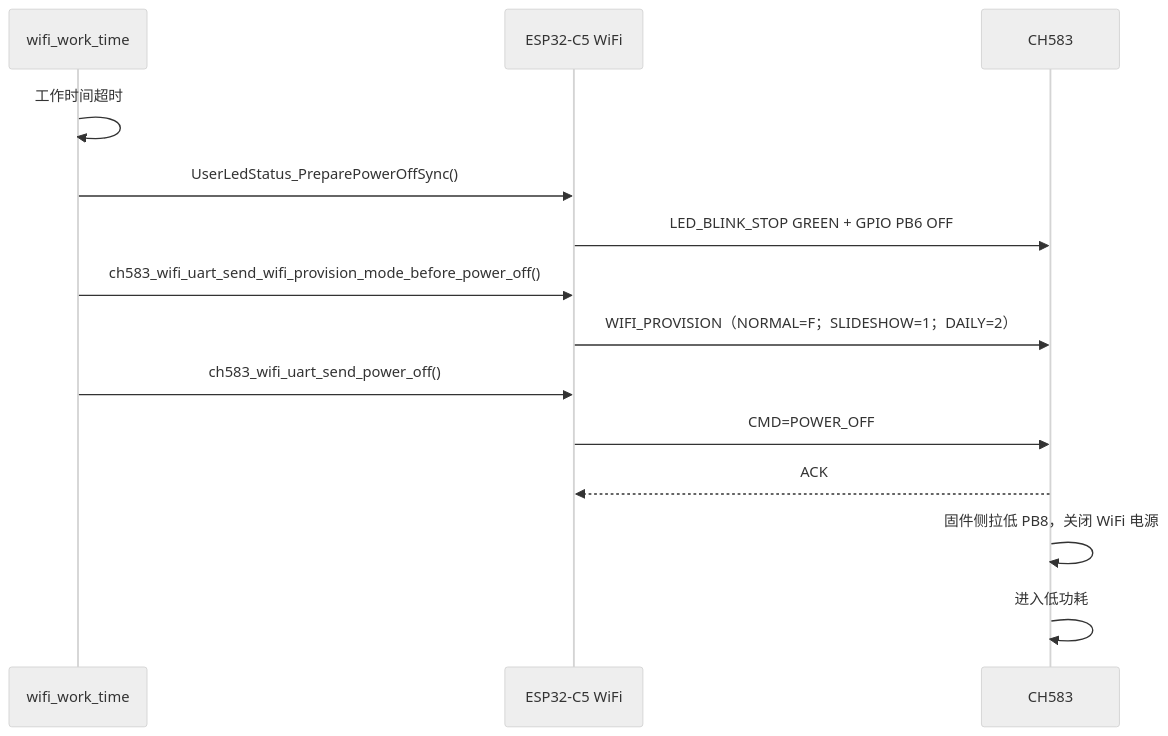
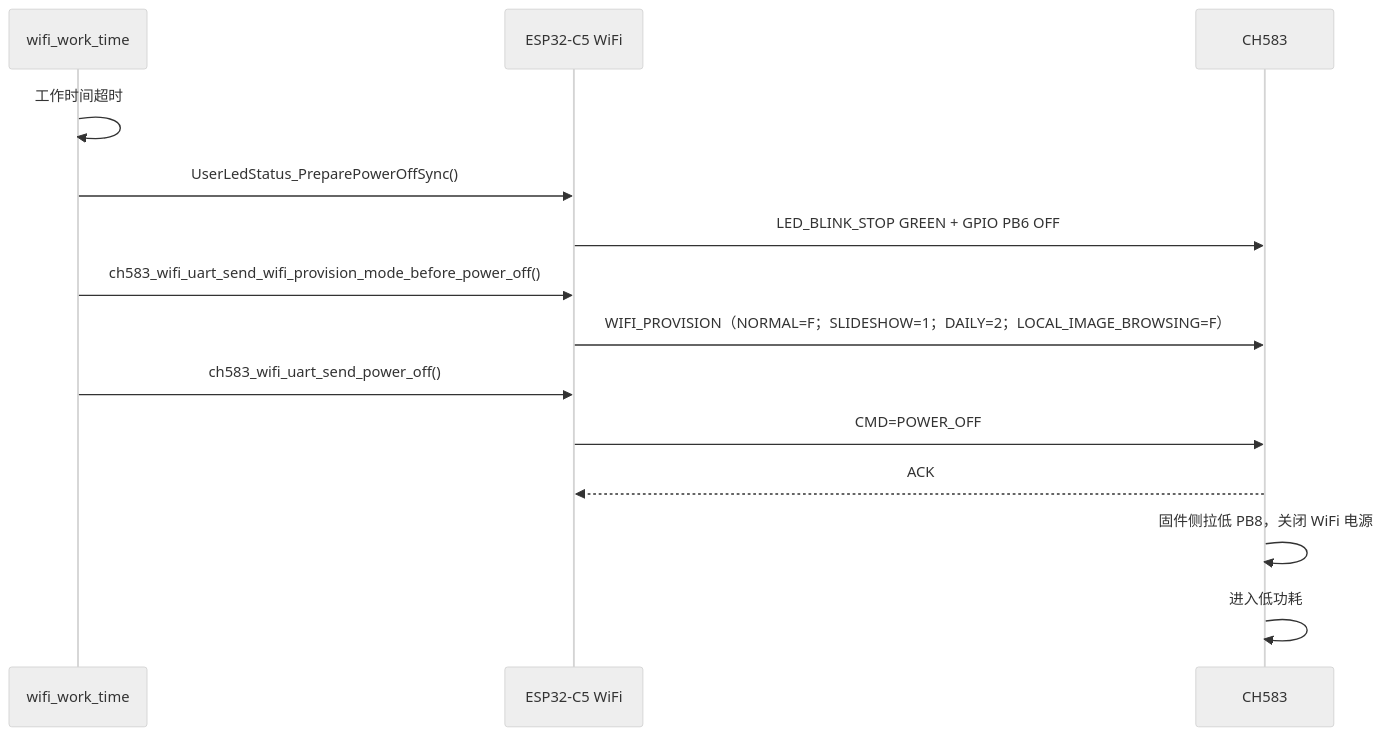
One commit to tdxguiping/ESP32_S3_epaper changed diagram 13 of 16 in README_Protocol.md. Above: the diagram before and after it, drawn with Mermaid (neutral theme). The commit also changed other lines of this file and 74 other files, not shown here.

````diff
--- a/README_Protocol.md
+++ b/README_Protocol.md
@@ -1284,17 +1291,17 @@
 ```mermaid
 sequenceDiagram
     participant Work as wifi_work_time
     participant ESP32 as ESP32-C5 WiFi
     participant CH583 as CH583
 
     Work->>Work: 工作时间超时
     Work->>ESP32: UserLedStatus_PreparePowerOffSync()
     ESP32->>CH583: LED_BLINK_STOP GREEN + GPIO PB6 OFF
     Work->>ESP32: ch583_wifi_uart_send_wifi_provision_mode_before_power_off()
-    ESP32->>CH583: WIFI_PROVISION（NORMAL=F；SLIDESHOW=1；DAILY=2）
+    ESP32->>CH583: WIFI_PROVISION（NORMAL=F；SLIDESHOW=1；DAILY=2；LOCAL_IMAGE_BROWSING=F）
     Work->>ESP32: ch583_wifi_uart_send_power_off()
     ESP32->>CH583: CMD=POWER_OFF
     CH583-->>ESP32: ACK
     CH583->>CH583: 固件侧拉低 PB8，关闭 WiFi 电源
     CH583->>CH583: 进入低功耗
 ```
````
